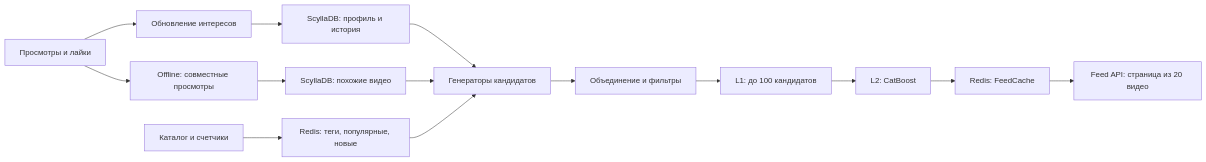
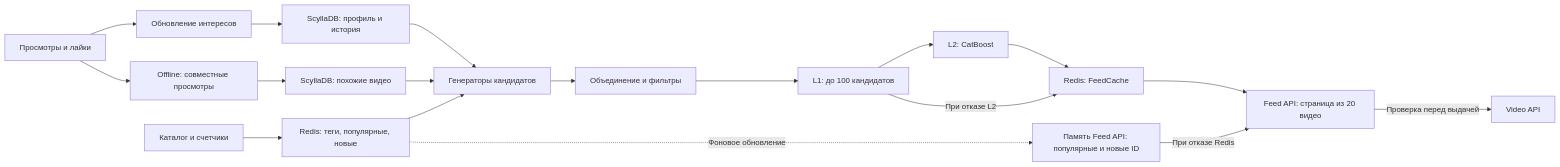
Before and after one commit to pavel-ladygin/highload_tp: the sixth of 17 diagrams in README.md, drawn with Mermaid. The commit also changed other lines of this file, not shown here.

````diff
--- a/README.md
+++ b/README.md
@@ -752,16 +752,20 @@
 ```mermaid
 flowchart LR
     Events["Просмотры и лайки"] --> Stream["Обновление интересов"]
     Stream --> Profile["ScyllaDB: профиль и история"]
     Events --> Batch["Offline: совместные просмотры"]
     Batch --> Neighbors["ScyllaDB: похожие видео"]
     Catalog["Каталог и счетчики"] --> Pools["Redis: теги, популярные, новые"]
     Profile --> Candidates["Генераторы кандидатов"]
     Neighbors --> Candidates
     Pools --> Candidates
     Candidates --> Filter["Объединение и фильтры"]
     Filter --> L1["L1: до 100 кандидатов"]
     L1 --> L2["L2: CatBoost"]
     L2 --> Cache["Redis: FeedCache"]
+    L1 -->|"При отказе L2"| Cache
     Cache --> API["Feed API: страница из 20 видео"]
+    Pools -. "Фоновое обновление" .-> Snap["Память Feed API: популярные и новые ID"]
+    Snap -->|"При отказе Redis"| API
+    API -->|"Проверка перед выдачей"| Video["Video API"]
 ```
````
